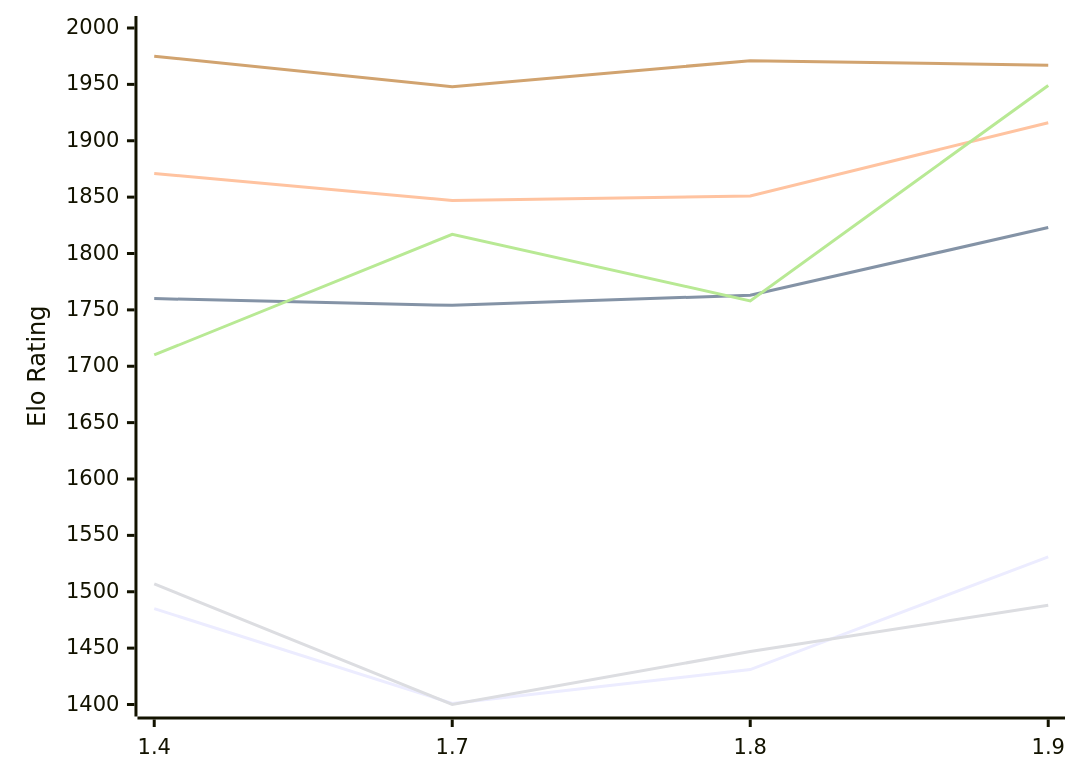
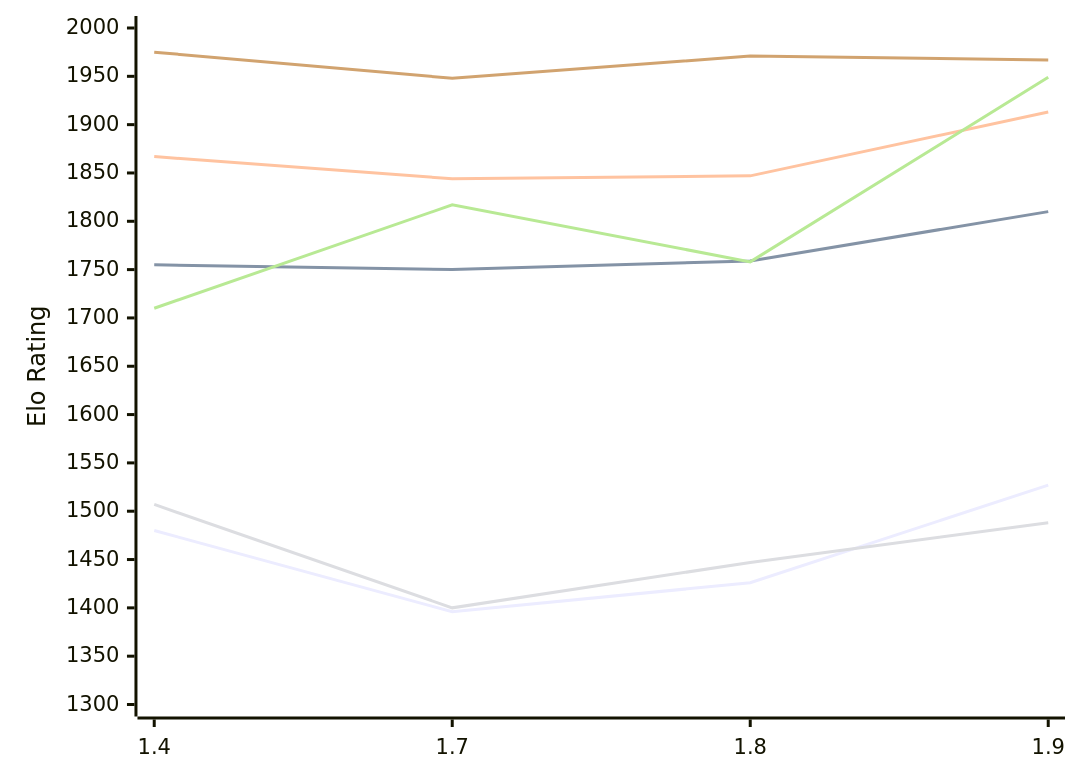
The diagram in engines/Russell.md (computer-chess-index/cci), drawn with Mermaid before and after one commit. The commit also changed other lines of this file, not shown here.

Commit message:
Update CCI Ratings (ELO VLTC) - 2026-11-04

````diff
--- a/engines/Russell.md
+++ b/engines/Russell.md
@@ -53,12 +53,12 @@
 ```mermaid
 %%{init: {"theme":"base","themeVariables":{"seriesColors:['#a3a3a3','#222221','#faa371']}}}%%
 xychart-beta
   x-axis ["1.4", "1.7", "1.8", "1.9"]
-  y-axis "Elo Rating" 1400 --> 2000
-  line "E1: STC (8.0+0.08s)" [1485, 1401, 1431, 1531]
-  line "E1: LTC (60.0+0.60s)" [1760, 1754, 1763, 1823]
-  line "E1: VLTC (2m24s+1.12s)" [1871, 1847, 1851, 1916]
+  y-axis "Elo Rating" 1300 --> 2000
+  line "E1: STC (8.0+0.08s)" [1480, 1396, 1426, 1527]
+  line "E1: LTC (60.0+0.60s)" [1755, 1750, 1759, 1810]
+  line "E1: VLTC (2m24s+1.12s)" [1867, 1844, 1847, 1913]
   line "P1: STC (8.0+0.08s)" [1507, 1400, 1447, 1488]
   line "P1: LTC (60.0+0.60s)" [1710, 1817, 1758, 1949]
   line "P1: VLTC (2m24s+1.12s)" [1975, 1948, 1971, 1967]
 ```
````
